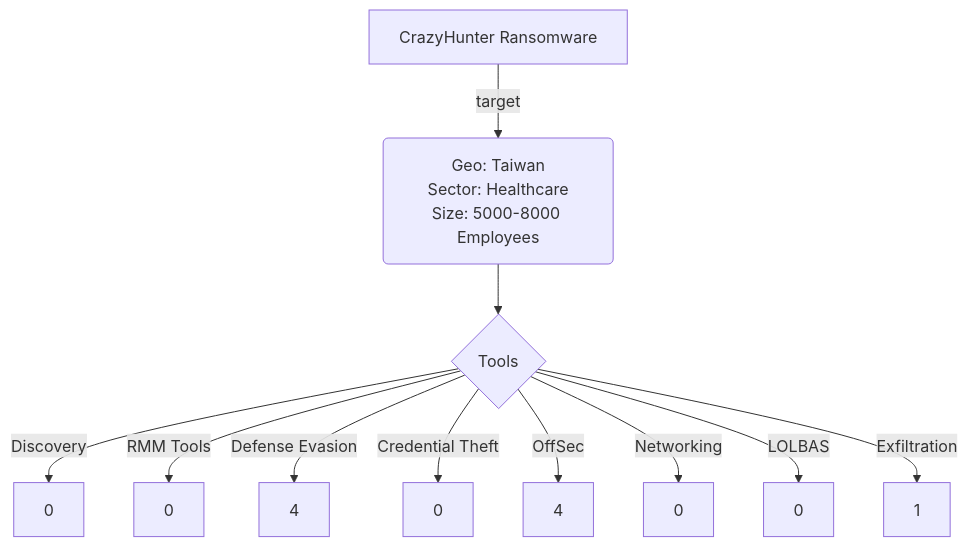
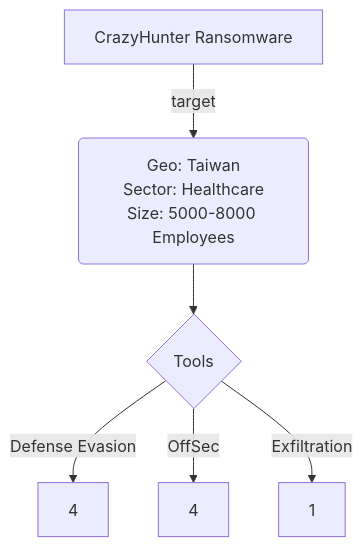
The diagram in CommunityReports/CrazyHunter-March-2025.md (BushidoUK/Ransomware-Tool-Matrix), drawn with Mermaid before and after one commit.

````diff
--- a/CommunityReports/CrazyHunter-March-2025.md
+++ b/CommunityReports/CrazyHunter-March-2025.md
@@ -64,15 +64,10 @@
 ```mermaid
 flowchart TD;
     A[CrazyHunter Ransomware] -->|target| B(Geo: Taiwan
 Sector: Healthcare
 Size: 5000-8000 Employees);
     B --> C{Tools};
-    C -->|Discovery| D[0];
-    C -->|RMM Tools| E[0];
     C -->|Defense Evasion| F[4];
-    C -->|Credential Theft| G[0];
     C -->|OffSec| H[4];
-    C -->|Networking| I[0];
-    C -->|LOLBAS| J[0];
     C -->|Exfiltration| K[1];
 ```
````
